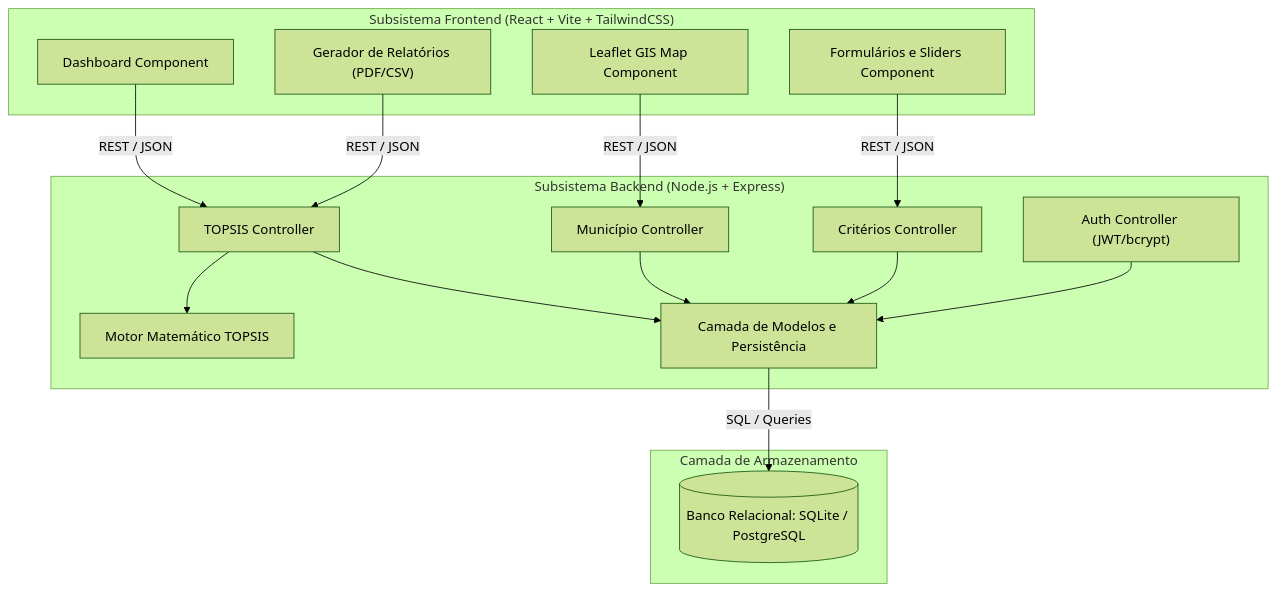
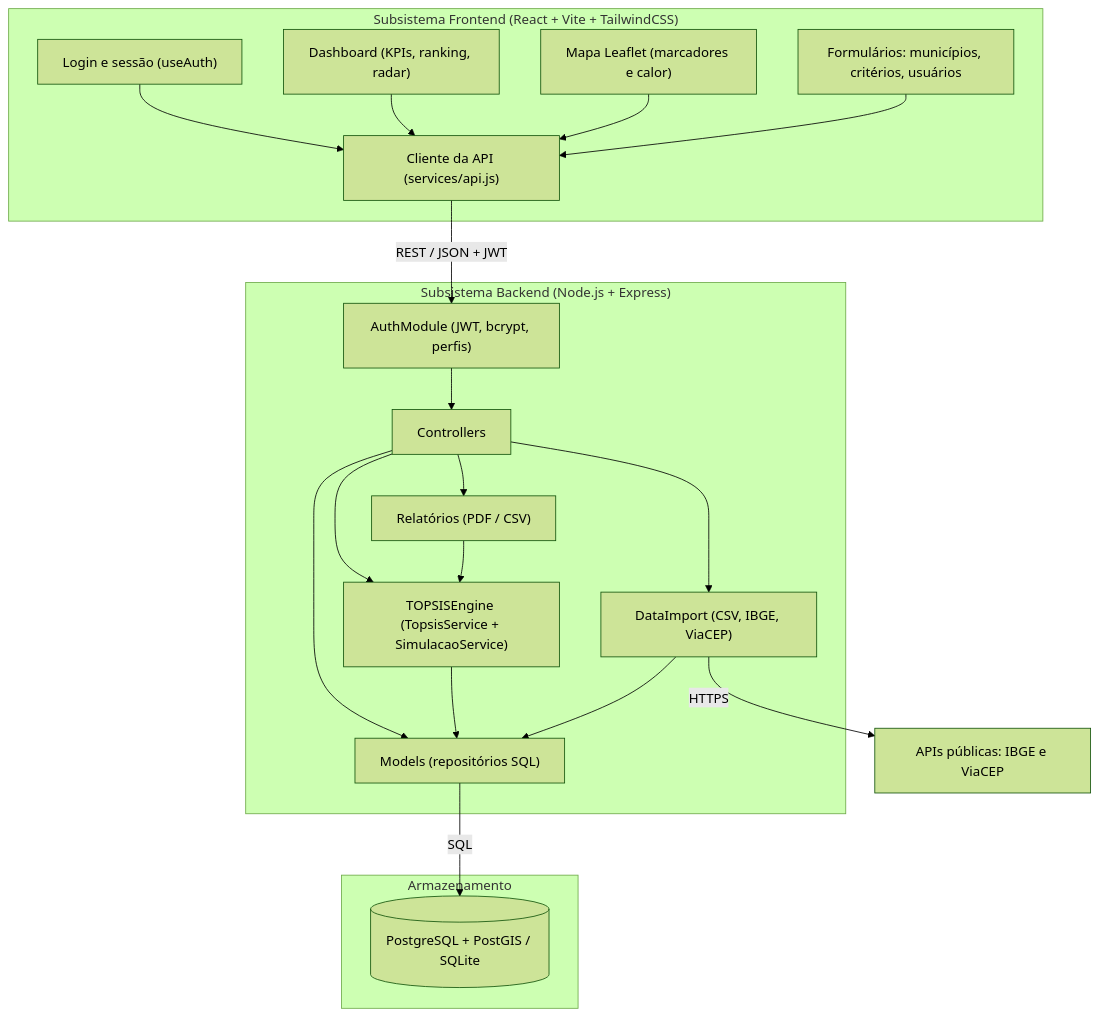
The fifth of 6 diagrams in docs/uml/diagramas_uml_completos.md (ironJohnsson/Restoraveis2), drawn with Mermaid (forest theme) before and after one commit. The commit also changed other lines of this file and 18 other files, not shown here.

````diff
--- a/docs/uml/diagramas_uml_completos.md
+++ b/docs/uml/diagramas_uml_completos.md
@@ -204,35 +235,41 @@
 ```mermaid
 flowchart TD
     subgraph Frontend ["Subsistema Frontend (React + Vite + TailwindCSS)"]
-        UI_Dash["Dashboard Component"]
-        UI_Map["Leaflet GIS Map Component"]
-        UI_Form["Formulários e Sliders Component"]
-        UI_Report["Gerador de Relatórios (PDF/CSV)"]
+        UI_Login["Login e sessão (useAuth)"]
+        UI_Dash["Dashboard (KPIs, ranking, radar)"]
+        UI_Map["Mapa Leaflet (marcadores e calor)"]
+        UI_Form["Formulários: municípios, critérios, usuários"]
+        UI_Api["Cliente da API (services/api.js)"]
     end
 
     subgraph Backend ["Subsistema Backend (Node.js + Express)"]
-        C_Auth["Auth Controller (JWT/bcrypt)"]
-        C_Mun["Município Controller"]
-        C_Crit["Critérios Controller"]
-        C_Topsis["TOPSIS Controller"]
-        S_Topsis["Motor Matemático TOPSIS"]
-        M_Layer["Camada de Modelos e Persistência"]
+        Auth["AuthModule (JWT, bcrypt, perfis)"]
+        Ctrl["Controllers"]
+        Topsis["TOPSISEngine (TopsisService + SimulacaoService)"]
+        Import["DataImport (CSV, IBGE, ViaCEP)"]
+        Report["Relatórios (PDF / CSV)"]
+        Models["Models (repositórios SQL)"]
     end
 
-    subgraph Persistencia ["Camada de Armazenamento"]
-        DB_SQL[("Banco Relacional: SQLite / PostgreSQL")]
+    subgraph Persistencia ["Armazenamento"]
+        DB_SQL[("PostgreSQL + PostGIS / SQLite")]
     end
 
-    UI_Dash -->|REST / JSON| C_Topsis
-    UI_Map -->|REST / JSON| C_Mun
-    UI_Form -->|REST / JSON| C_Crit
-    UI_Report -->|REST / JSON| C_Topsis
+    Externo["APIs públicas: IBGE e ViaCEP"]
 
-    C_Topsis --> S_Topsis
-    C_Topsis --> M_Layer
-    C_Mun --> M_Layer
-    C_Crit --> M_Layer
-    C_Auth --> M_Layer
-
-    M_Layer -->|SQL / Queries| DB_SQL
+    UI_Login --> UI_Api
+    UI_Dash --> UI_Api
+    UI_Map --> UI_Api
+    UI_Form --> UI_Api
+    UI_Api -->|REST / JSON + JWT| Auth
+    Auth --> Ctrl
+    Ctrl --> Topsis
+    Ctrl --> Import
+    Ctrl --> Report
+    Ctrl --> Models
+    Topsis --> Models
+    Import --> Models
+    Import -->|HTTPS| Externo
+    Report --> Topsis
+    Models -->|SQL| DB_SQL
 ```
````
